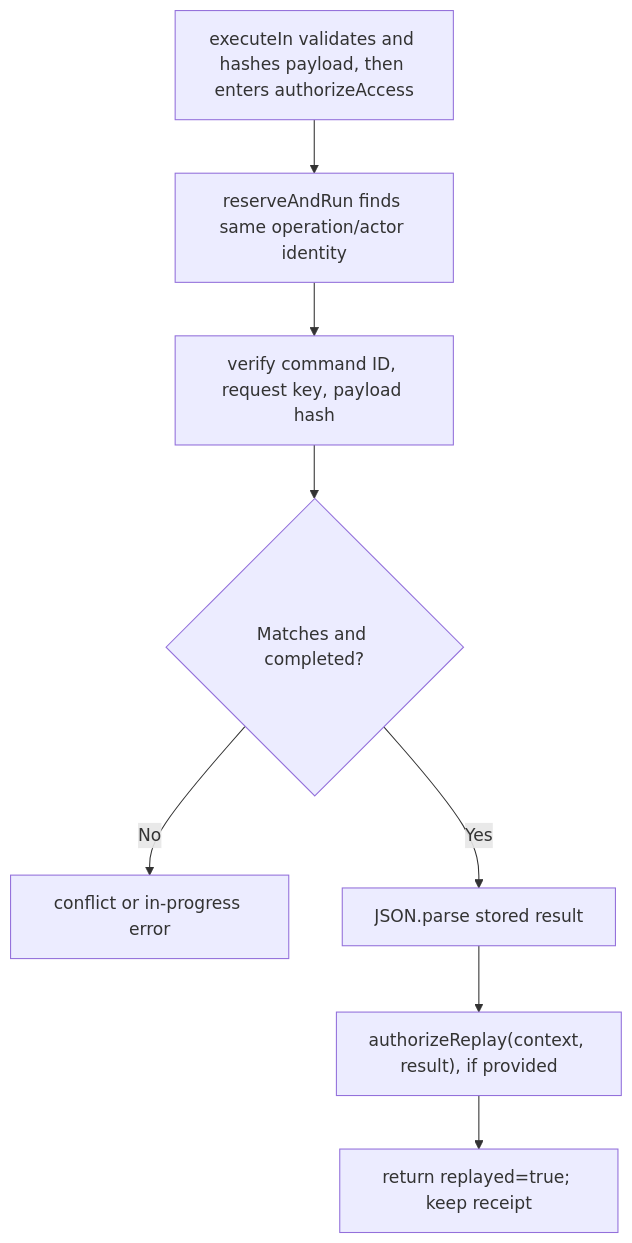
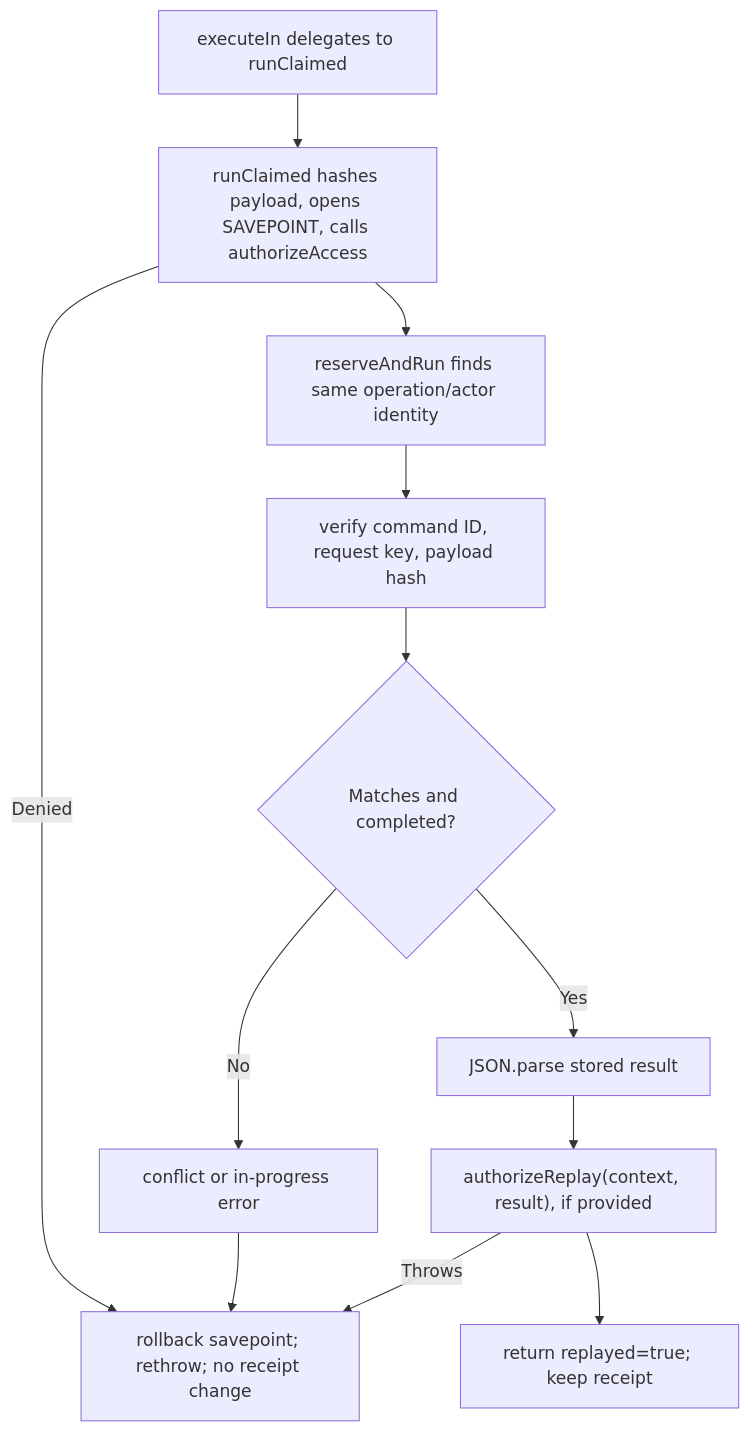
One commit to Kevinjohn/oss-adonisjs-duplicate-request-guard changed the second of 2 diagrams in user-stories/US-GUARD-03-authorize-replay.md. Above: the diagram before and after it, drawn with Mermaid. The commit also changed other lines of this file and 6 other files, not shown here.

````diff
--- a/user-stories/US-GUARD-03-authorize-replay.md
+++ b/user-stories/US-GUARD-03-authorize-replay.md
@@ -36,10 +36,14 @@
 ```mermaid
 flowchart TD
-    A["executeIn validates and hashes payload, then enters authorizeAccess"] --> B["reserveAndRun finds same operation/actor identity"]
+    A["executeIn delegates to runClaimed"] --> A2["runClaimed hashes payload, opens SAVEPOINT, calls authorizeAccess"]
+    A2 -->|Denied| Z["rollback savepoint; rethrow; no receipt change"]
+    A2 --> B["reserveAndRun finds same operation/actor identity"]
     B --> C["verify command ID, request key, payload hash"]
     C --> D{"Matches and completed?"}
     D -->|No| E["conflict or in-progress error"]
+    E --> Z
     D -->|Yes| F["JSON.parse stored result"]
     F --> G["authorizeReplay(context, result), if provided"]
+    G -->|Throws| Z
     G --> H["return replayed=true; keep receipt"]
 ```
````
